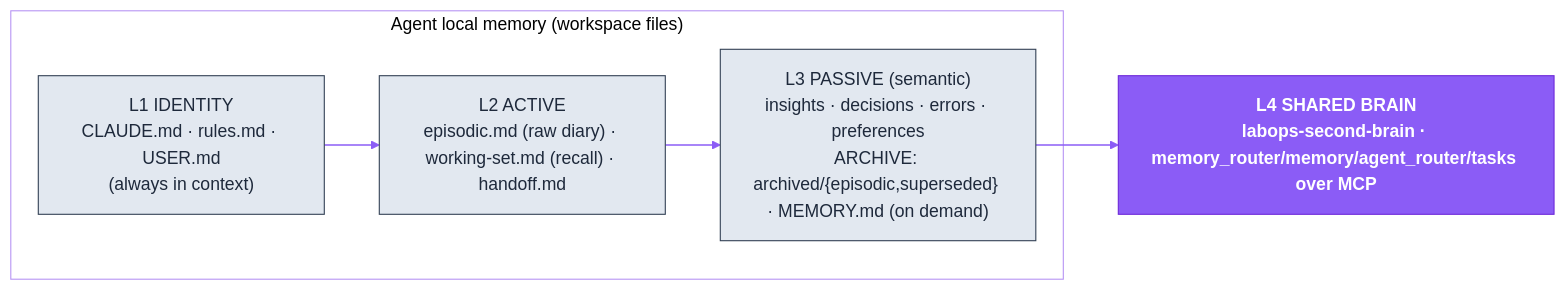
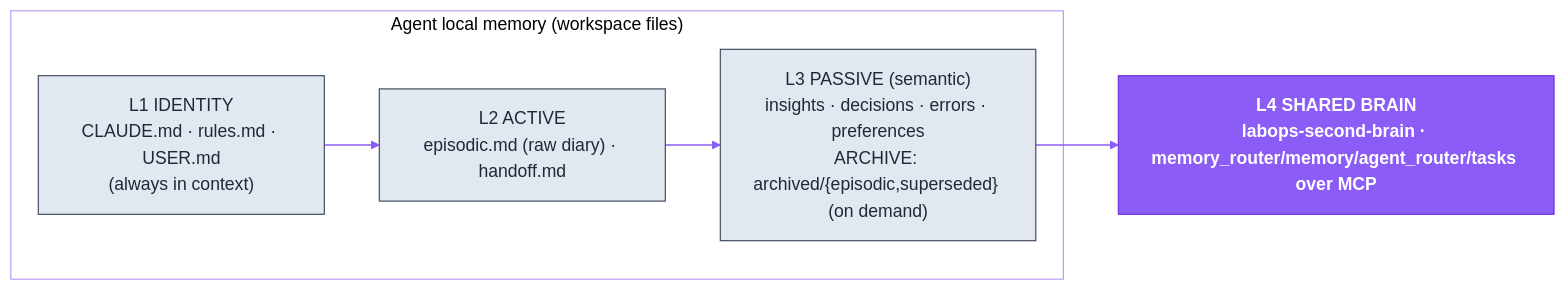
Before and after one commit to dediukhinpa/labops-ai-assistant: the third of 4 diagrams in agent-architecture/README.md, drawn with Mermaid. The commit also changed other lines of this file and 37 other files, not shown here.

Commit message:
Drop memory files no agent reads and keep operator preferences in context

````diff
--- a/agent-architecture/README.md
+++ b/agent-architecture/README.md
@@ -219,18 +219,18 @@
 ```mermaid
 %%{init: {'theme':'base','themeVariables':{'primaryColor':'#EDE9FE','primaryTextColor':'#4C1D95','primaryBorderColor':'#8B5CF6','lineColor':'#8B5CF6','secondaryColor':'#F1F5F9','tertiaryColor':'#ffffff','clusterBkg':'transparent','clusterBorder':'#B794F4','fontFamily':'Helvetica,Arial,sans-serif'}}}%%
 flowchart LR
   subgraph local["Agent local memory (workspace files)"]
     L1["L1 IDENTITY<br/>CLAUDE.md · rules.md · USER.md<br/>(always in context)"]
-    L2["L2 ACTIVE<br/>episodic.md (raw diary) · working-set.md (recall) · handoff.md"]
-    L3["L3 PASSIVE (semantic)<br/>insights · decisions · errors · preferences<br/>ARCHIVE: archived/{episodic,superseded} · MEMORY.md (on demand)"]
+    L2["L2 ACTIVE<br/>episodic.md (raw diary) · handoff.md"]
+    L3["L3 PASSIVE (semantic)<br/>insights · decisions · errors · preferences<br/>ARCHIVE: archived/{episodic,superseded} (on demand)"]
   end
   L4["L4 SHARED BRAIN<br/>labops-second-brain · memory_router/memory/agent_router/tasks over MCP"]
   L1 --> L2 --> L3 --> L4
   classDef brand fill:#8B5CF6,stroke:#6D28D9,color:#ffffff,font-weight:bold
   classDef ext fill:#CCFBF1,stroke:#0D9488,color:#0F766E
   classDef store fill:#FEF3C7,stroke:#D97706,color:#92400E
   classDef sys fill:#E2E8F0,stroke:#334155,color:#1E293B
   linkStyle default stroke:#8B5CF6,stroke-width:1.5px
   class L4 brand
   class L1,L2,L3 sys
 ```
````
